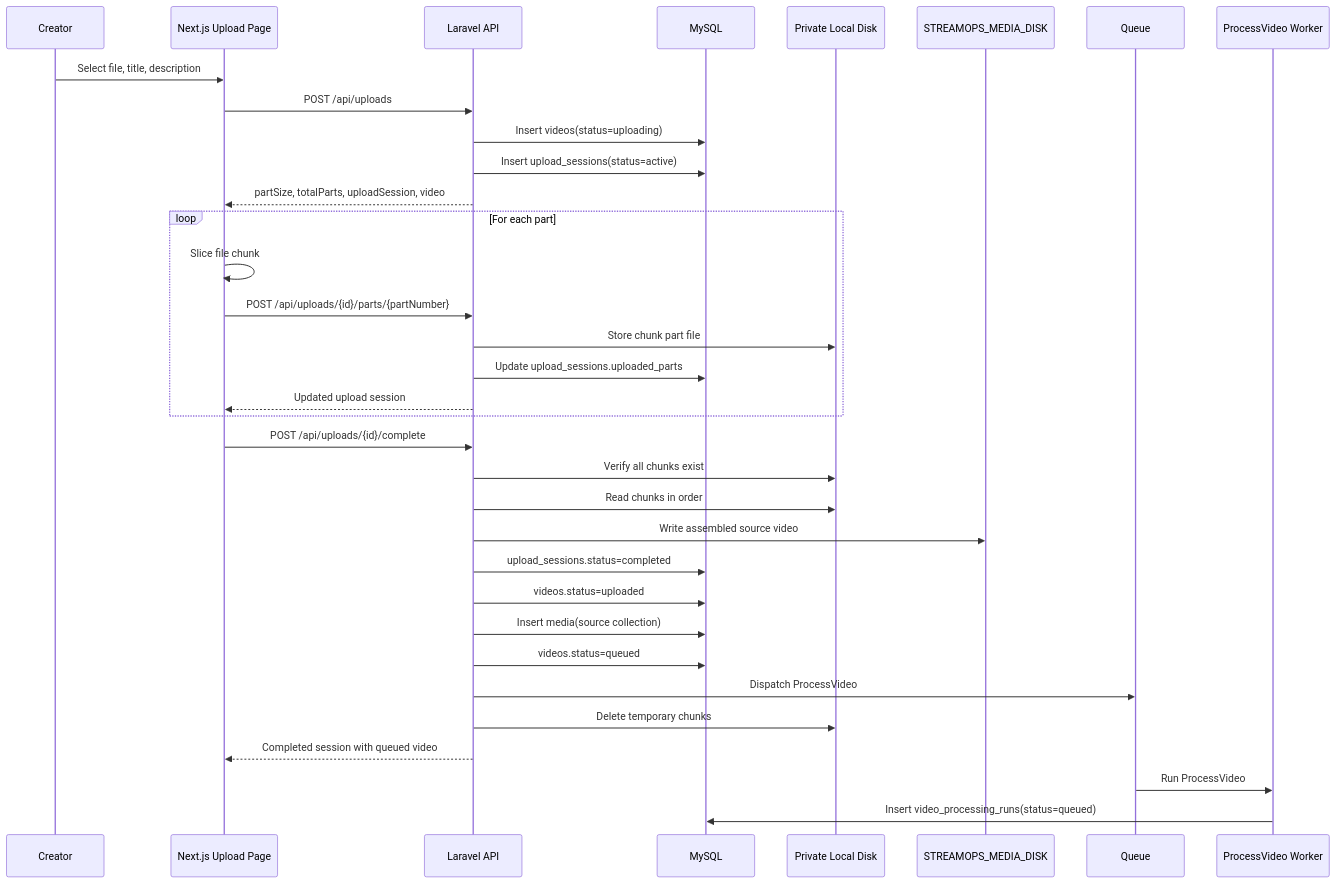
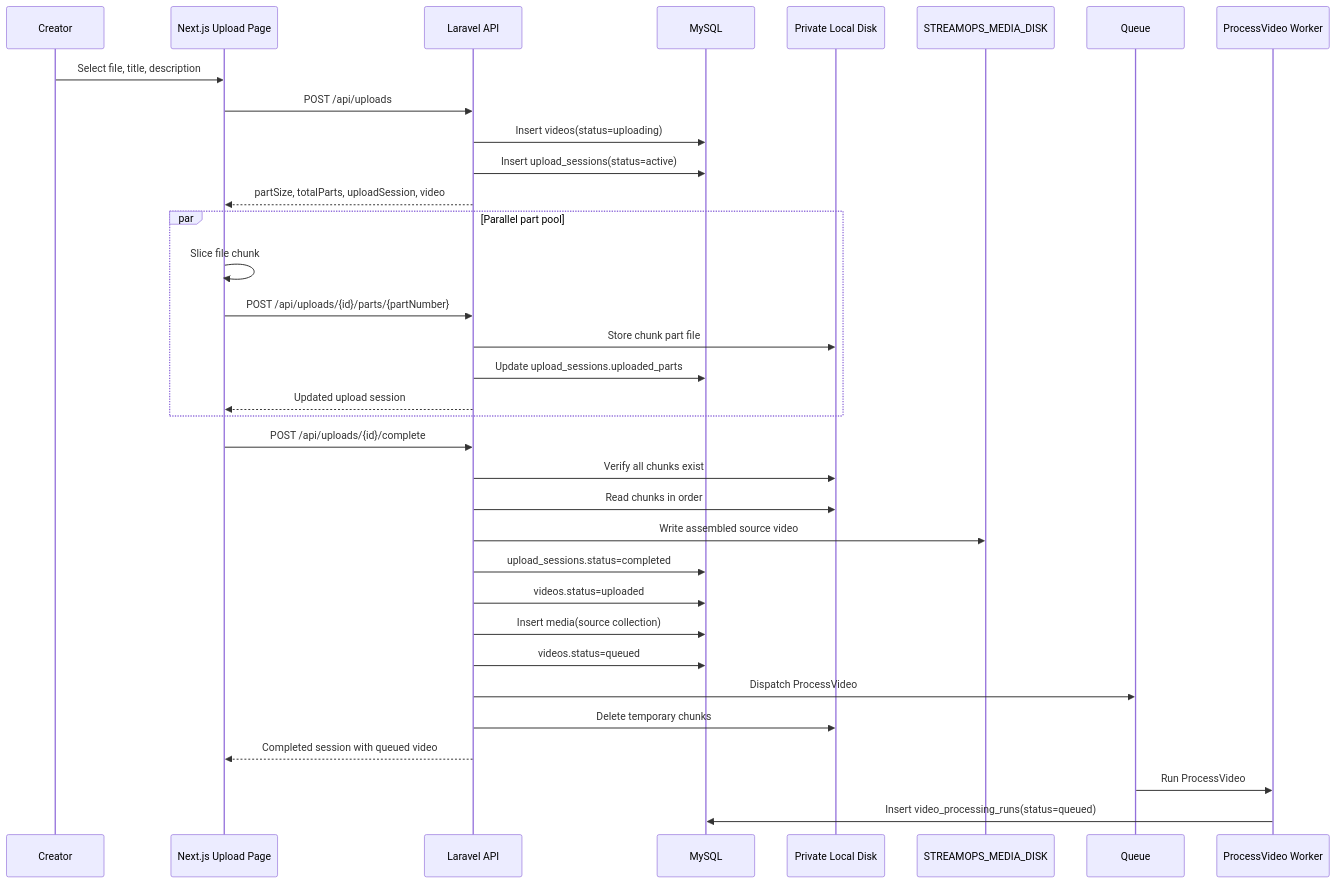
The second of 3 diagrams in UPLOAD_VIDEO_DATAFLOW.md (Tshabalala-Thabo/stream-ops), drawn with Mermaid before and after one commit. The commit also changed other lines of this file and 11 other files, not shown here.

````diff
--- a/UPLOAD_VIDEO_DATAFLOW.md
+++ b/UPLOAD_VIDEO_DATAFLOW.md
@@ -493,40 +539,40 @@
 ```mermaid
 sequenceDiagram
     participant Creator
     participant Web as Next.js Upload Page
     participant API as Laravel API
     participant DB as MySQL
     participant Temp as Private Local Disk
     participant Media as STREAMOPS_MEDIA_DISK
     participant Queue as Queue
     participant Worker as ProcessVideo Worker
 
     Creator->>Web: Select file, title, description
     Web->>API: POST /api/uploads
     API->>DB: Insert videos(status=uploading)
     API->>DB: Insert upload_sessions(status=active)
     API-->>Web: partSize, totalParts, uploadSession, video
 
-    loop For each part
+    par Parallel part pool
         Web->>Web: Slice file chunk
         Web->>API: POST /api/uploads/{id}/parts/{partNumber}
         API->>Temp: Store chunk part file
         API->>DB: Update upload_sessions.uploaded_parts
         API-->>Web: Updated upload session
     end
 
     Web->>API: POST /api/uploads/{id}/complete
     API->>Temp: Verify all chunks exist
     API->>Temp: Read chunks in order
     API->>Media: Write assembled source video
     API->>DB: upload_sessions.status=completed
     API->>DB: videos.status=uploaded
     API->>DB: Insert media(source collection)
     API->>DB: videos.status=queued
     API->>Queue: Dispatch ProcessVideo
     API->>Temp: Delete temporary chunks
     API-->>Web: Completed session with queued video
 
     Queue->>Worker: Run ProcessVideo
     Worker->>DB: Insert video_processing_runs(status=queued)
 ```
````
